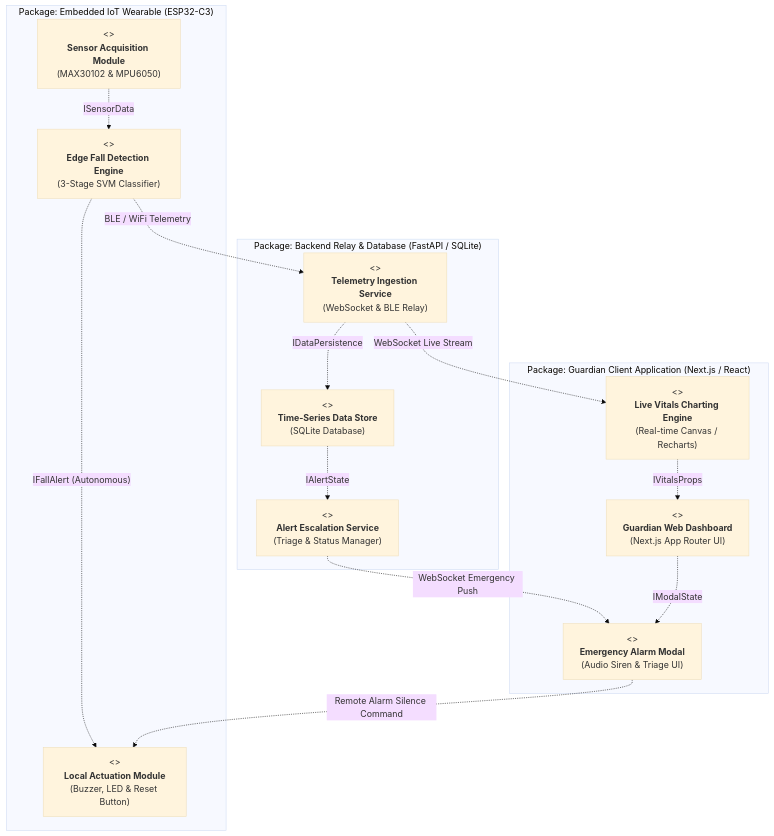
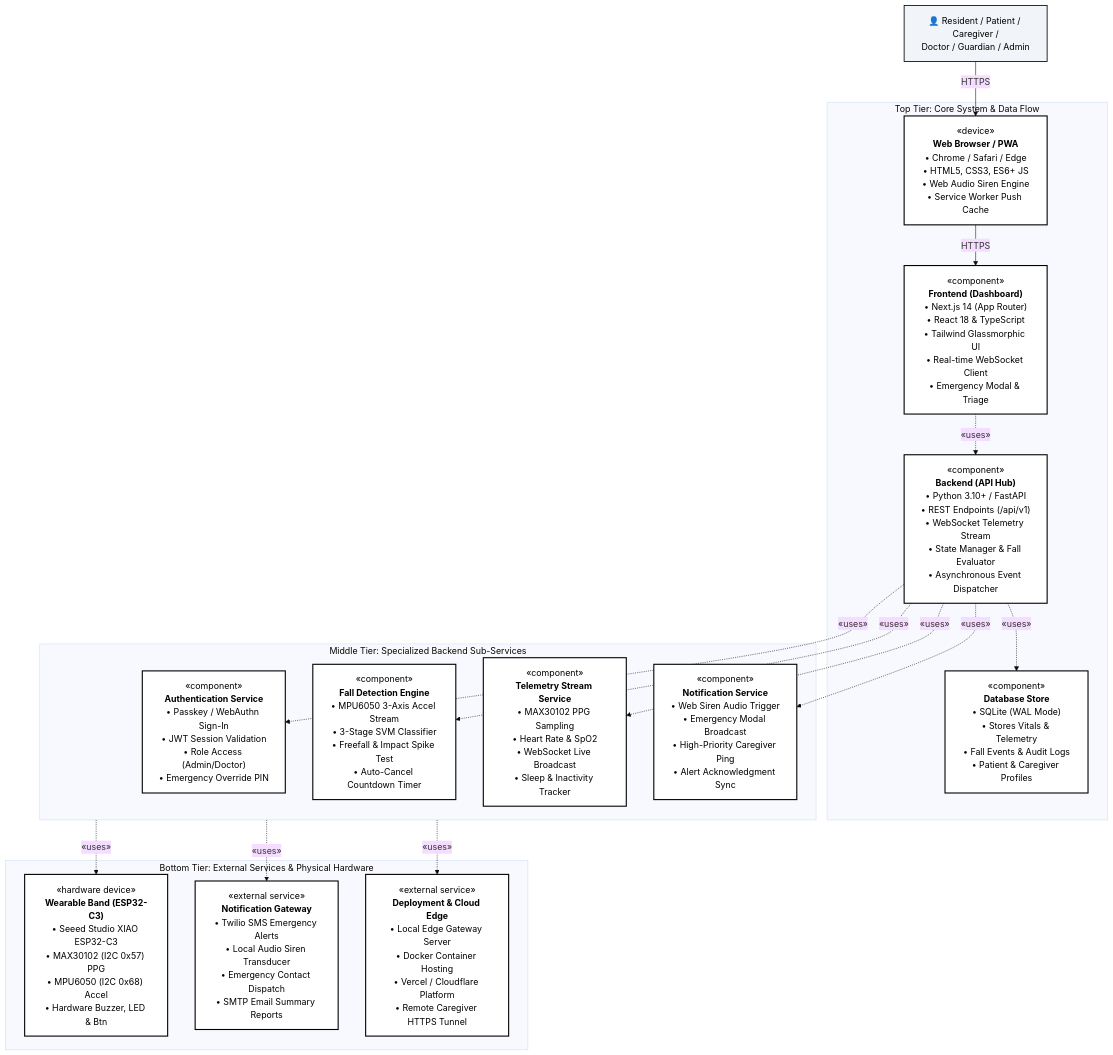
One commit to Aditya1kumbhar/vitalguard-c3 changed diagram 11 of 12 in VitalGuard_C3_Diagrams.md. Above: the diagram before and after it, drawn with Mermaid (base theme). The commit also changed other lines of this file and 11 other files, not shown here.

Commit message:
fix: resolve auth credential overwrite, passkey loop, and PWA cache issues

````diff
--- a/VitalGuard_C3_Diagrams.md
+++ b/VitalGuard_C3_Diagrams.md
@@ -968,34 +968,41 @@
 ```mermaid
 graph TD
-    subgraph Firmware["Package: Embedded IoT Wearable (ESP32-C3)"]
-        C_Sensor["<<component>><br/><b>Sensor Acquisition Module</b><br/>(MAX30102 & MPU6050)"]
-        C_SVM["<<component>><br/><b>Edge Fall Detection Engine</b><br/>(3-Stage SVM Classifier)"]
-        C_Act["<<component>><br/><b>Local Actuation Module</b><br/>(Buzzer, LED & Reset Button)"]
+    classDef compBox fill:#FFFFFF,stroke:#000000,stroke-width:2px,color:#000000;
+    classDef actorStyle fill:#F1F5F9,stroke:#000000,stroke-width:1.5px,color:#000000;
+
+    Actor["👤 Resident / Patient / Caregiver /<br/>Doctor / Guardian / Admin"]:::actorStyle
+
+    subgraph TopTier["Top Tier: Core System & Data Flow"]
+        Dev_Browser["&laquo;device&raquo;<br/><b>Web Browser / PWA</b><br/>• Chrome / Safari / Edge<br/>• HTML5, CSS3, ES6+ JS<br/>• Web Audio Siren Engine<br/>• Service Worker Push Cache"]:::compBox
+        Comp_Frontend["&laquo;component&raquo;<br/><b>Frontend (Dashboard)</b><br/>• Next.js 14 (App Router)<br/>• React 18 & TypeScript<br/>• Tailwind Glassmorphic UI<br/>• Real-time WebSocket Client<br/>• Emergency Modal & Triage"]:::compBox
+        Comp_Backend["&laquo;component&raquo;<br/><b>Backend (API Hub)</b><br/>• Python 3.10+ / FastAPI<br/>• REST Endpoints (/api/v1)<br/>• WebSocket Telemetry Stream<br/>• State Manager & Fall Evaluator<br/>• Asynchronous Event Dispatcher"]:::compBox
+        Comp_Database["&laquo;component&raquo;<br/><b>Database Store</b><br/>• SQLite (WAL Mode)<br/>• Stores Vitals & Telemetry<br/>• Fall Events & Audit Logs<br/>• Patient & Caregiver Profiles"]:::compBox
     end
 
-    subgraph Backend["Package: Backend Relay & Database (FastAPI / SQLite)"]
-        C_Comm["<<component>><br/><b>Telemetry Ingestion Service</b><br/>(WebSocket & BLE Relay)"]
-        C_DB["<<component>><br/><b>Time-Series Data Store</b><br/>(SQLite Database)"]
-        C_Triage["<<component>><br/><b>Alert Escalation Service</b><br/>(Triage & Status Manager)"]
+    subgraph MidTier["Middle Tier: Specialized Backend Sub-Services"]
+        Comp_Auth["&laquo;component&raquo;<br/><b>Authentication Service</b><br/>• Passkey / WebAuthn Sign-In<br/>• JWT Session Validation<br/>• Role Access (Admin/Doctor)<br/>• Emergency Override PIN"]:::compBox
+        Comp_Fall["&laquo;component&raquo;<br/><b>Fall Detection Engine</b><br/>• MPU6050 3-Axis Accel Stream<br/>• 3-Stage SVM Classifier<br/>• Freefall & Impact Spike Test<br/>• Auto-Cancel Countdown Timer"]:::compBox
+        Comp_Telem["&laquo;component&raquo;<br/><b>Telemetry Stream Service</b><br/>• MAX30102 PPG Sampling<br/>• Heart Rate & SpO2<br/>• WebSocket Live Broadcast<br/>• Sleep & Inactivity Tracker"]:::compBox
+        Comp_Notif["&laquo;component&raquo;<br/><b>Notification Service</b><br/>• Web Siren Audio Trigger<br/>• Emergency Modal Broadcast<br/>• High-Priority Caregiver Ping<br/>• Alert Acknowledgment Sync"]:::compBox
     end
 
-    subgraph Frontend["Package: Guardian Client Application (Next.js / React)"]
-        C_Chart["<<component>><br/><b>Live Vitals Charting Engine</b><br/>(Real-time Canvas / Recharts)"]
-        C_UI["<<component>><br/><b>Guardian Web Dashboard</b><br/>(Next.js App Router UI)"]
-        C_Modal["<<component>><br/><b>Emergency Alarm Modal</b><br/>(Audio Siren & Triage UI)"]
+    subgraph BottomTier["Bottom Tier: External Services & Physical Hardware"]
+        Ext_Hardware["&laquo;hardware device&raquo;<br/><b>Wearable Band (ESP32-C3)</b><br/>• Seeed Studio XIAO ESP32-C3<br/>• MAX30102 (I2C 0x57) PPG<br/>• MPU6050 (I2C 0x68) Accel<br/>• Hardware Buzzer, LED & Btn"]:::compBox
+        Ext_Gateway["&laquo;external service&raquo;<br/><b>Notification Gateway</b><br/>• Twilio SMS Emergency Alerts<br/>• Local Audio Siren Transducer<br/>• Emergency Contact Dispatch<br/>• SMTP Email Summary Reports"]:::compBox
+        Ext_Cloud["&laquo;external service&raquo;<br/><b>Deployment & Cloud Edge</b><br/>• Local Edge Gateway Server<br/>• Docker Container Hosting<br/>• Vercel / Cloudflare Platform<br/>• Remote Caregiver HTTPS Tunnel"]:::compBox
     end
 
-    C_Sensor -. "ISensorData" .-> C_SVM
-    C_SVM -. "IFallAlert (Autonomous)" .-> C_Act
+    Actor -->|HTTPS| Dev_Browser
+    Dev_Browser -->|HTTPS| Comp_Frontend
+    Comp_Frontend -.->|&laquo;uses&raquo;| Comp_Backend
+    Comp_Backend -.->|&laquo;uses&raquo;| Comp_Database
 
-    C_SVM -. "BLE / WiFi Telemetry" .-> C_Comm
-    C_Comm -. "IDataPersistence" .-> C_DB
-    C_DB -. "IAlertState" .-> C_Triage
+    Comp_Backend -.->|&laquo;uses&raquo;| Comp_Auth
+    Comp_Backend -.->|&laquo;uses&raquo;| Comp_Fall
+    Comp_Backend -.->|&laquo;uses&raquo;| Comp_Telem
+    Comp_Backend -.->|&laquo;uses&raquo;| Comp_Notif
 
-    C_Comm -. "WebSocket Live Stream" .-> C_Chart
-    C_Chart -. "IVitalsProps" .-> C_UI
-    C_Triage -. "WebSocket Emergency Push" .-> C_Modal
-    C_UI -. "IModalState" .-> C_Modal
-
-    C_Modal -. "Remote Alarm Silence Command" .-> C_Act
+    MidTier -.->|&laquo;uses&raquo;| Ext_Hardware
+    MidTier -.->|&laquo;uses&raquo;| Ext_Gateway
+    MidTier -.->|&laquo;uses&raquo;| Ext_Cloud
 ```
````
